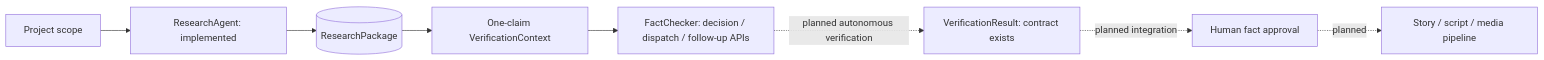
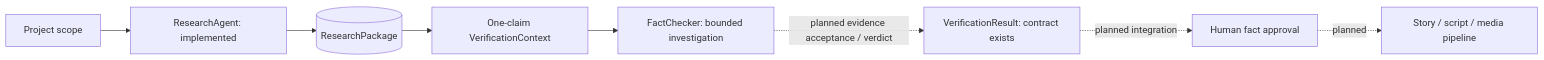
The first of 3 diagrams in README.md (hailincai/agentic-history-studio), drawn with Mermaid before and after one commit. The commit also changed other lines of this file and 4 other files, not shown here.

Commit message:
feat: add bounded fact checker investigation loop

````diff
--- a/README.md
+++ b/README.md
@@ -11,10 +11,10 @@
 ```mermaid
 flowchart LR
     Scope[Project scope] --> Research[ResearchAgent: implemented]
     Research --> Package[(ResearchPackage)]
     Package --> Context[One-claim VerificationContext]
-    Context --> Checker[FactChecker: decision / dispatch / follow-up APIs]
-    Checker -. planned autonomous verification .-> Result[VerificationResult: contract exists]
+    Context --> Checker[FactChecker: bounded investigation]
+    Checker -. planned evidence acceptance / verdict .-> Result[VerificationResult: contract exists]
     Result -. planned integration .-> Human[Human fact approval]
     Human -. planned .-> Downstream[Story / script / media pipeline]
 ```
````
